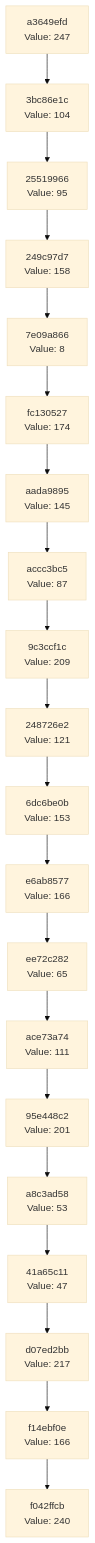
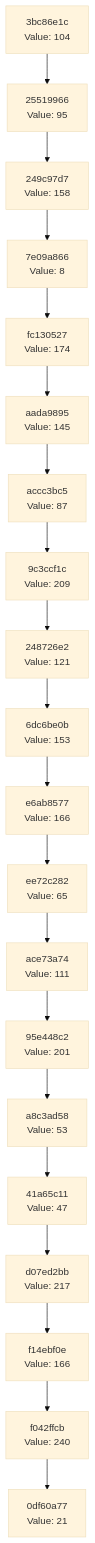
Before and after one commit to Abhisheksinha1506/hash-chain-evolver: the diagram in docs/CHAIN_VISUALIZATION.md, drawn with Mermaid (base theme). The commit also changed 3 other files, not shown here.

````diff
--- a/docs/CHAIN_VISUALIZATION.md
+++ b/docs/CHAIN_VISUALIZATION.md
@@ -3,42 +3,42 @@
 ```mermaid
 graph TD
-    C0["f042ffcb<br/>Value: 240"]
-    C1["f14ebf0e<br/>Value: 166"]
+    C0["0df60a77<br/>Value: 21"]
+    C1["f042ffcb<br/>Value: 240"]
     C1 --> C0
-    C2["d07ed2bb<br/>Value: 217"]
+    C2["f14ebf0e<br/>Value: 166"]
     C2 --> C1
-    C3["41a65c11<br/>Value: 47"]
+    C3["d07ed2bb<br/>Value: 217"]
     C3 --> C2
-    C4["a8c3ad58<br/>Value: 53"]
+    C4["41a65c11<br/>Value: 47"]
     C4 --> C3
-    C5["95e448c2<br/>Value: 201"]
+    C5["a8c3ad58<br/>Value: 53"]
     C5 --> C4
-    C6["ace73a74<br/>Value: 111"]
+    C6["95e448c2<br/>Value: 201"]
     C6 --> C5
-    C7["ee72c282<br/>Value: 65"]
+    C7["ace73a74<br/>Value: 111"]
     C7 --> C6
-    C8["e6ab8577<br/>Value: 166"]
+    C8["ee72c282<br/>Value: 65"]
     C8 --> C7
-    C9["6dc6be0b<br/>Value: 153"]
+    C9["e6ab8577<br/>Value: 166"]
     C9 --> C8
-    C10["248726e2<br/>Value: 121"]
+    C10["6dc6be0b<br/>Value: 153"]
     C10 --> C9
-    C11["9c3ccf1c<br/>Value: 209"]
+    C11["248726e2<br/>Value: 121"]
     C11 --> C10
-    C12["accc3bc5<br/>Value: 87"]
+    C12["9c3ccf1c<br/>Value: 209"]
     C12 --> C11
-    C13["aada9895<br/>Value: 145"]
+    C13["accc3bc5<br/>Value: 87"]
     C13 --> C12
-    C14["fc130527<br/>Value: 174"]
+    C14["aada9895<br/>Value: 145"]
     C14 --> C13
-    C15["7e09a866<br/>Value: 8"]
+    C15["fc130527<br/>Value: 174"]
     C15 --> C14
-    C16["249c97d7<br/>Value: 158"]
+    C16["7e09a866<br/>Value: 8"]
     C16 --> C15
-    C17["25519966<br/>Value: 95"]
+    C17["249c97d7<br/>Value: 158"]
     C17 --> C16
-    C18["3bc86e1c<br/>Value: 104"]
+    C18["25519966<br/>Value: 95"]
     C18 --> C17
-    C19["a3649efd<br/>Value: 247"]
+    C19["3bc86e1c<br/>Value: 104"]
     C19 --> C18
 ```
````
